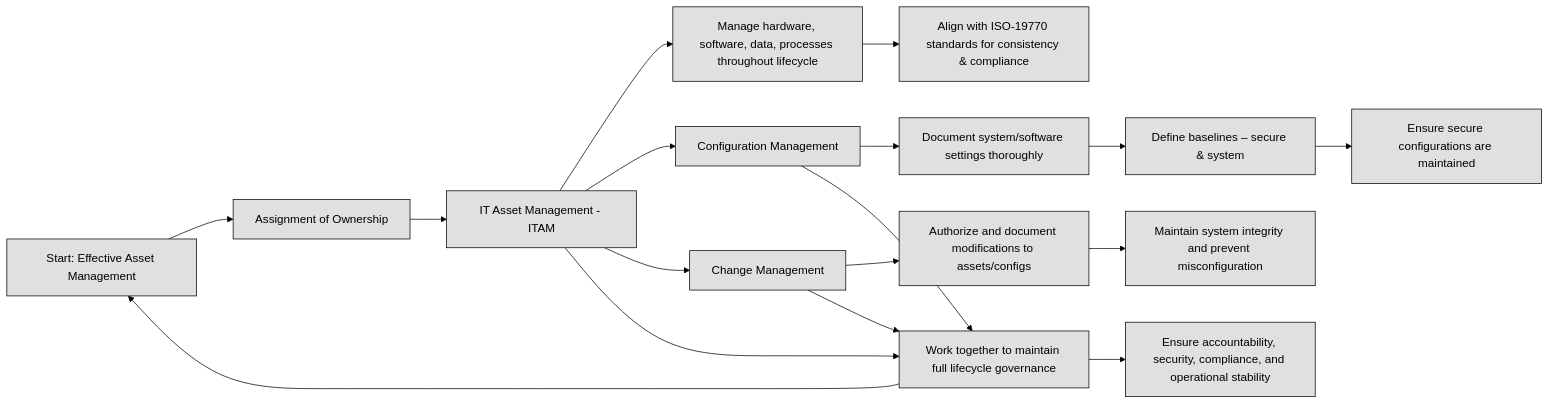
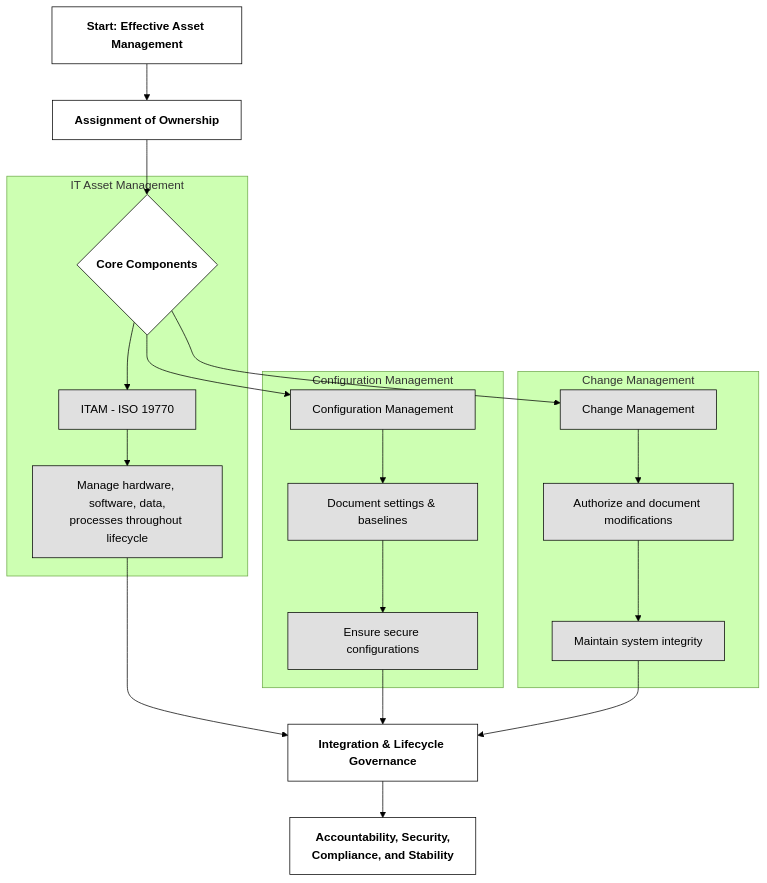
One commit to lorenzoleonelli/CISSP-Zero-to-Hero changed the second of 2 diagrams in DOMAIN2: Asset Security/2.03 Provision information and assets securely.md. Above: the diagram before and after it, drawn with Mermaid (forest theme). The commit also changed other lines of this file, not shown here.

Commit message:
Revise asset management flowcharts and configurations
Updated flowcharts for asset management processes and clarified the importance of secure configurations and change management.

````diff
--- a/DOMAIN2: Asset Security/2.03 Provision information and assets securely.md
+++ b/DOMAIN2: Asset Security/2.03 Provision information and assets securely.md
@@ -235,20 +241,31 @@
 ```mermaid
-flowchart LR
-  A[Start: Effective Asset Management] --> B[Assignment of Ownership]
-  B --> C[IT Asset Management - ITAM]
-  C --> C1[Manage hardware, software, data, processes throughout lifecycle]
-  C1 --> C2[Align with ISO‑19770 standards for consistency & compliance]
-  C --> D[Configuration Management]
-  D --> D1[Document system/software settings thoroughly]
-  D1 --> D2[Define baselines – secure & system]
-  D2 --> D3[Ensure secure configurations are maintained]
-  C --> E[Change Management]
-  E --> E1[Authorize and document modifications to assets/configs]
-  E1 --> E2[Maintain system integrity and prevent misconfiguration]
-  F[Integration] --> A
-  C & D & E --> F[Work together to maintain full lifecycle governance]
-  F --> G[Ensure accountability, security, compliance, and operational stability]
+flowchart TD
+    A[Start: Effective Asset Management] --> B[Assignment of Ownership]
+    B --> C{Core Components}
+
+    subgraph ITAM [IT Asset Management]
+    C --> C_Main[ITAM - ISO 19770]
+    C_Main --> C1["Manage hardware, software, data,<br/>processes throughout lifecycle"]
+    end
+
+    subgraph CM [Configuration Management]
+    C --> D[Configuration Management]
+    D --> D1[Document settings & baselines]
+    D1 --> D2[Ensure secure configurations]
+    end
+
+    subgraph ChangeM [Change Management]
+    C --> E[Change Management]
+    E --> E1[Authorize and document modifications]
+    E1 --> E2[Maintain system integrity]
+    end
+
+    C1 & D2 & E2 --> F[Integration & Lifecycle Governance]
+    F --> G["Accountability, Security,<br/>Compliance, and Stability"]
 
     classDef center fill:#ffffff,color:#000000,stroke:#000000,stroke-width:1px,font-weight:bold
     classDef node fill:#e0e0e0,color:#000000,stroke:#000000,stroke-width:1px
+
+    class A,B,C,F,G center
+    class C_Main,C1,D,D1,D2,E,E1,E2 node
 ```
````
